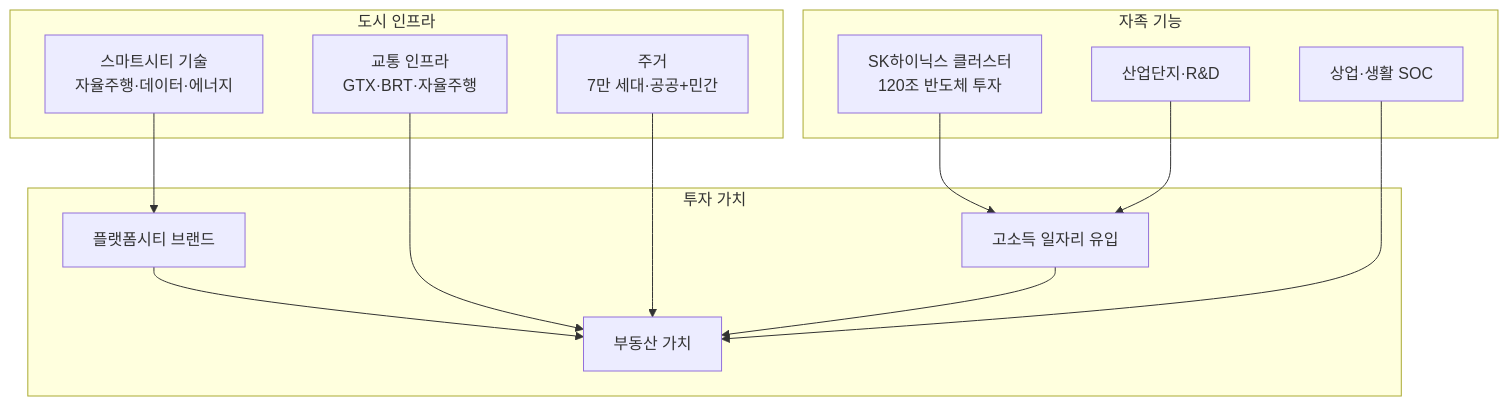
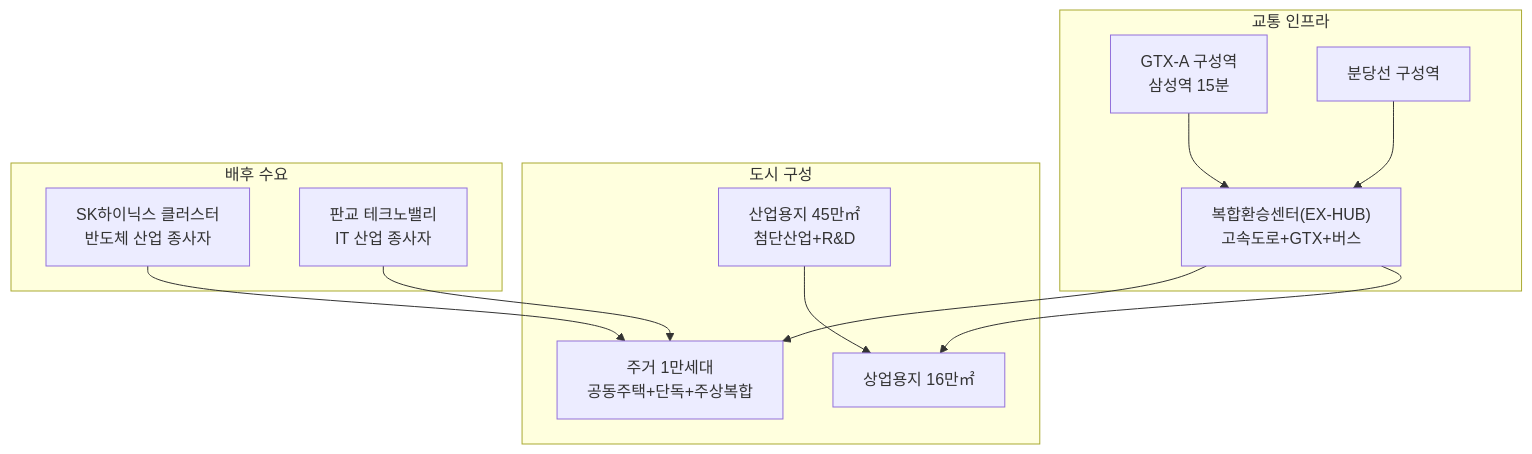
One commit to OkyoKwon/studyNresearch changed the diagram in docs/domains/yongin-platform-city/index.md. Above: the diagram before and after it, drawn with Mermaid. The commit also changed other lines of this file and 5 other files, not shown here.

````diff
--- a/docs/domains/yongin-platform-city/index.md
+++ b/docs/domains/yongin-platform-city/index.md
@@ -43,27 +54,25 @@
 ```mermaid
 graph TD
-    subgraph 도시 인프라
-        SMART[스마트시티 기술<br/>자율주행·데이터·에너지]
-        TRANSPORT[교통 인프라<br/>GTX·BRT·자율주행]
-        HOUSING[주거<br/>7만 세대·공공+민간]
+    subgraph 교통 인프라
+        GTX[GTX-A 구성역<br/>삼성역 15분]
+        BUNDANG[분당선 구성역]
+        EXHUB["복합환승센터(EX-HUB)<br/>고속도로+GTX+버스"]
     end
-    subgraph 자족 기능
-        HYNIX[SK하이닉스 클러스터<br/>120조 반도체 투자]
-        INDUSTRY[산업단지·R&D]
-        COMMERCE[상업·생활 SOC]
+    subgraph 도시 구성
+        HOUSING[주거 1만세대<br/>공동주택+단독+주상복합]
+        INDUSTRY[산업용지 45만㎡<br/>첨단산업+R&D]
+        COMMERCE[상업용지 16만㎡]
     end
-    subgraph 투자 가치
-        DEMAND[고소득 일자리 유입]
-        BRAND[플랫폼시티 브랜드]
-        PRICE[부동산 가치]
+    subgraph 배후 수요
+        HYNIX[SK하이닉스 클러스터<br/>반도체 산업 종사자]
+        PANGYO[판교 테크노밸리<br/>IT 산업 종사자]
     end
 
-    SMART --> BRAND
-    TRANSPORT --> PRICE
-    HOUSING --> PRICE
-    HYNIX --> DEMAND
-    INDUSTRY --> DEMAND
-    DEMAND --> PRICE
-    BRAND --> PRICE
-    COMMERCE --> PRICE
+    GTX --> EXHUB
+    BUNDANG --> EXHUB
+    EXHUB --> HOUSING
+    EXHUB --> COMMERCE
+    HYNIX --> HOUSING
+    PANGYO --> HOUSING
+    INDUSTRY --> COMMERCE
 ```
````
